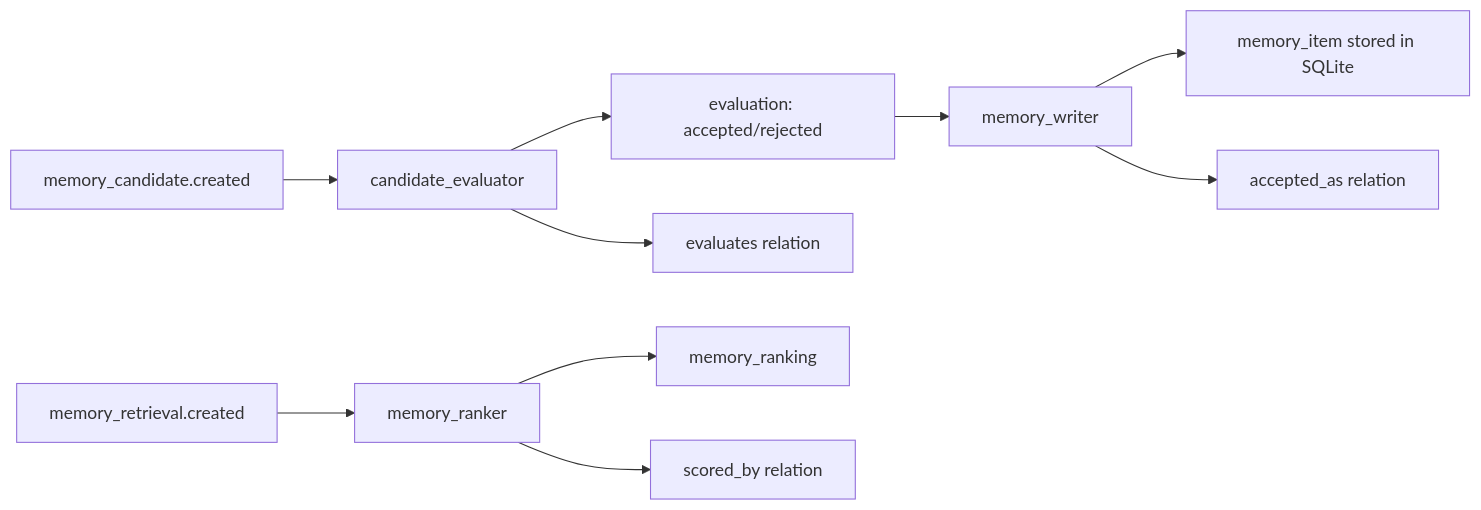
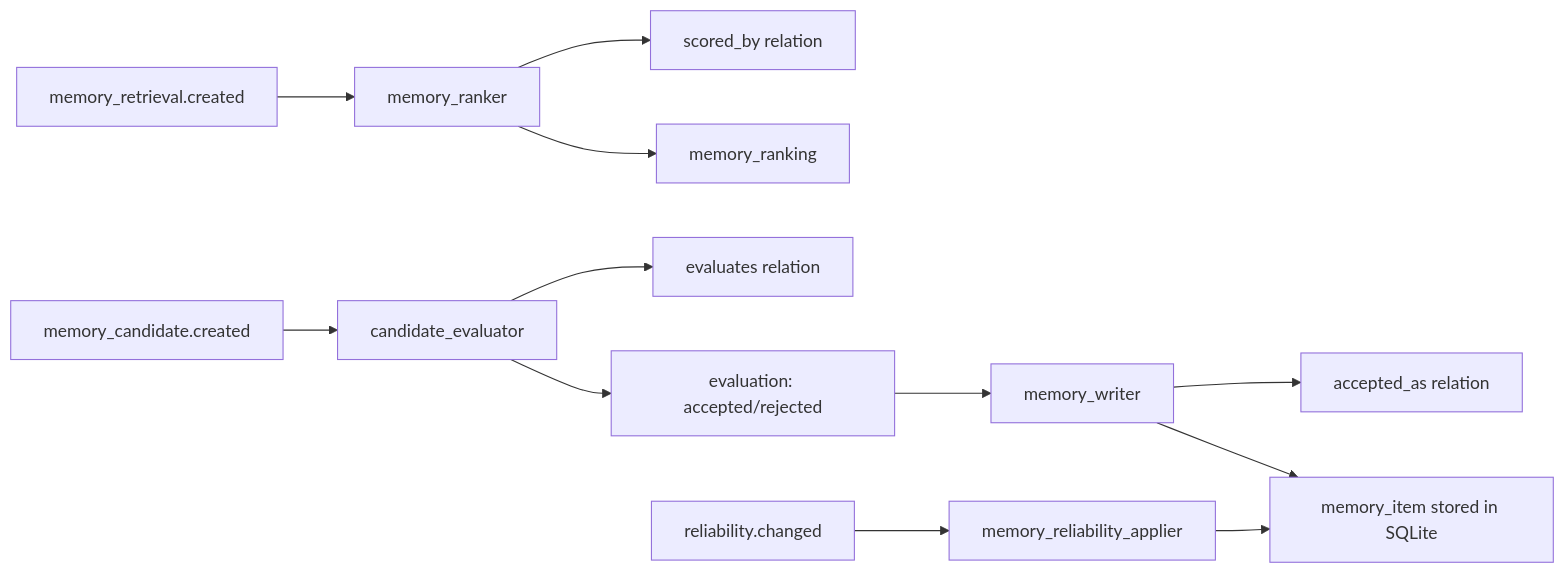
Before and after one commit to yoheinakajima/activegraph-packs: the diagram in packs/memory_gateway/README.md, drawn with Mermaid. The commit also changed other lines of this file and 44 other files, not shown here.

````diff
--- a/packs/memory_gateway/README.md
+++ b/packs/memory_gateway/README.md
@@ -31,12 +36,14 @@
 ```mermaid
 graph LR
     MC[memory_candidate.created] --> CE[candidate_evaluator]
     CE --> EV[evaluation: accepted/rejected]
     CE --> REL[evaluates relation]
     EV --> MW[memory_writer]
     MW --> MI[memory_item stored in SQLite]
     MW --> AREL[accepted_as relation]
     MR[memory_retrieval.created] --> RK[memory_ranker]
     RK --> MRK[memory_ranking]
     RK --> SREL[scored_by relation]
+    OR[reliability.changed] --> MRA[memory_reliability_applier]
+    MRA --> MI
 ```
````
